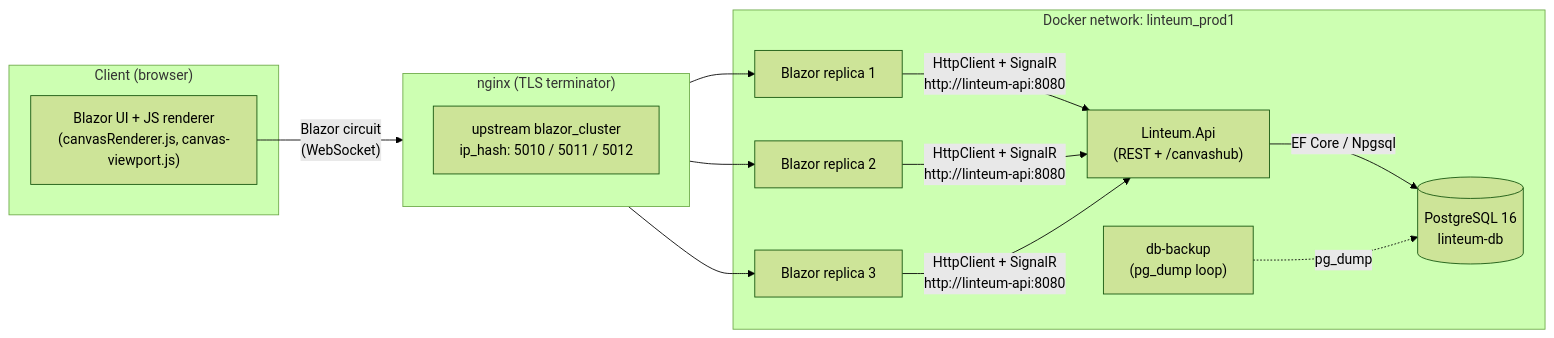
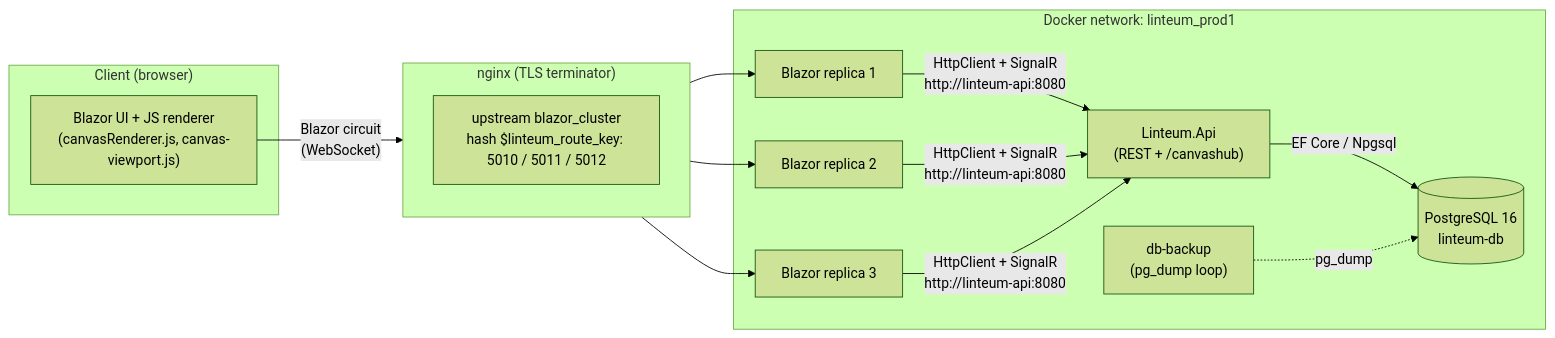
Before and after one commit to DAnikeyev/Linteum: the diagram in Documentation/01-Architecture.md, drawn with Mermaid (forest theme). The commit also changed other lines of this file and 33 other files, not shown here.

````diff
--- a/Documentation/01-Architecture.md
+++ b/Documentation/01-Architecture.md
@@ -62,25 +62,25 @@
 ```mermaid
 flowchart LR
     subgraph Browser["Client (browser)"]
         UI["Blazor UI + JS renderer<br/>(canvasRenderer.js, canvas-viewport.js)"]
     end
 
     subgraph Nginx["nginx (TLS terminator)"]
-        UP["upstream blazor_cluster<br/>ip_hash: 5010 / 5011 / 5012"]
+        UP["upstream blazor_cluster<br/>hash $linteum_route_key: 5010 / 5011 / 5012"]
     end
 
     subgraph Linteum["Docker network: linteum_prod1"]
         B1["Blazor replica 1"]
         B2["Blazor replica 2"]
         B3["Blazor replica 3"]
         API["Linteum.Api<br/>(REST + /canvashub)"]
         DB[("PostgreSQL 16<br/>linteum-db")]
         BU["db-backup<br/>(pg_dump loop)"]
     end
 
     UI -- "Blazor circuit<br/>(WebSocket)" --> Nginx
     Nginx --> B1 & B2 & B3
     B1 & B2 & B3 -- "HttpClient + SignalR<br/>http://linteum-api:8080" --> API
     API -- "EF Core / Npgsql" --> DB
     BU -. "pg_dump" .-> DB
 ```
````
